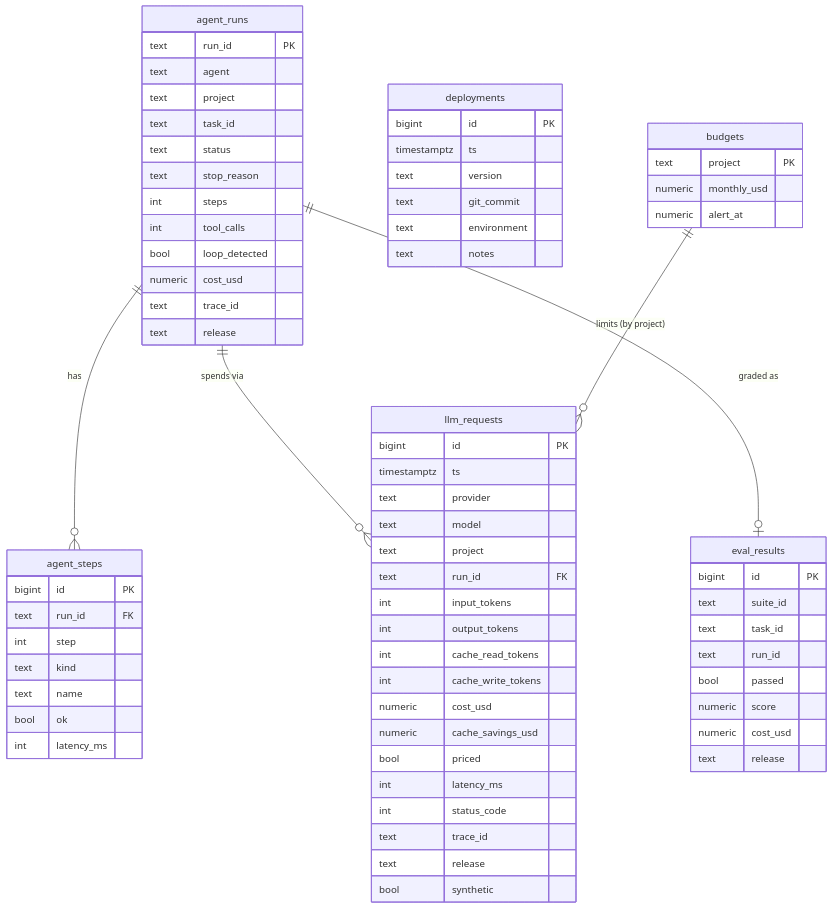
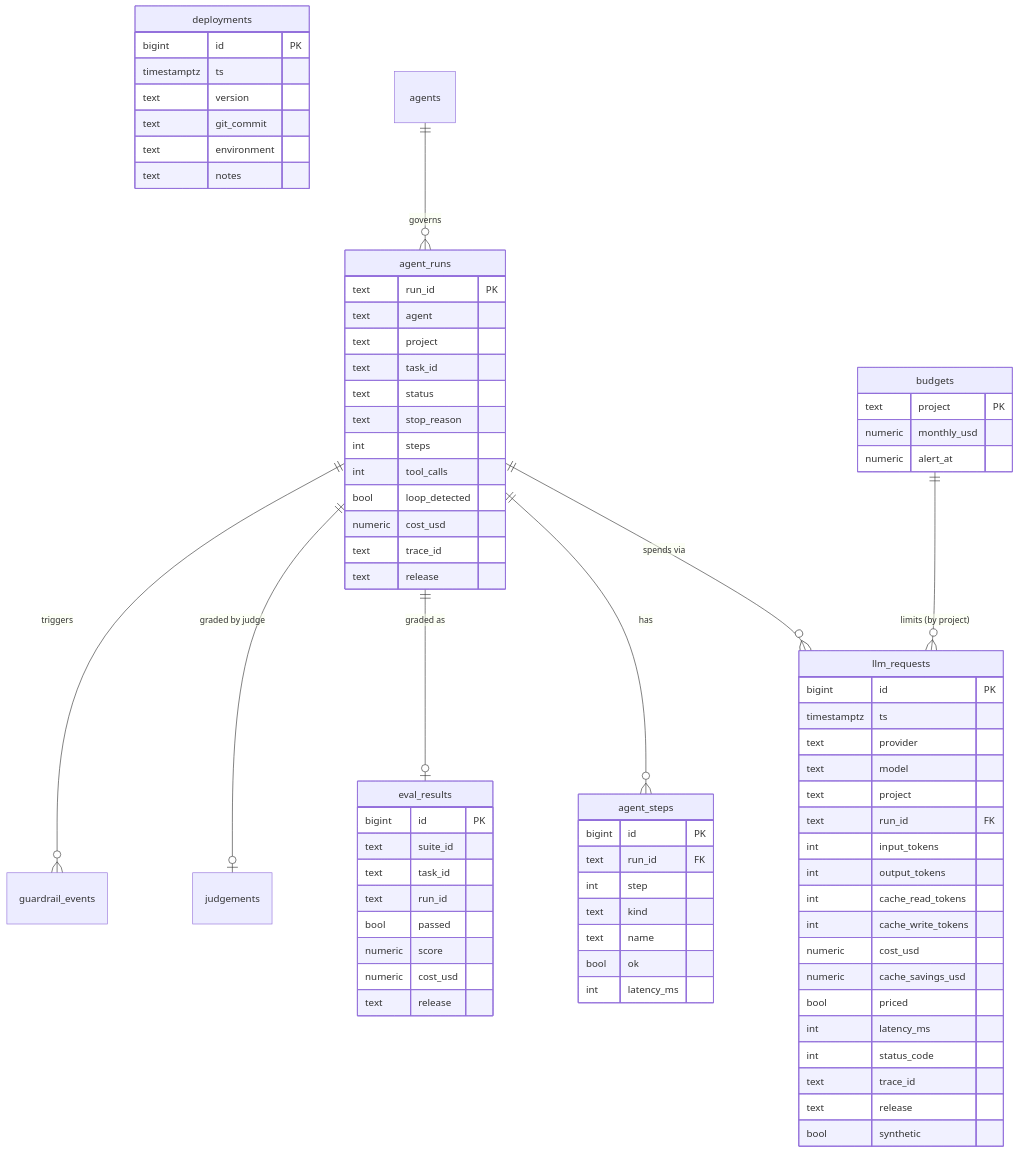
One commit to manu-gt-hub/llmops-platform changed the sixth of 7 diagrams in doc/architecture.md. Above: the diagram before and after it, drawn with Mermaid. The commit also changed other lines of this file and 35 other files, not shown here.

First line of the commit message:
Add agent governance: charters, guardrails, LLM judge and agent console

````diff
--- a/doc/architecture.md
+++ b/doc/architecture.md
@@ -171,73 +232,76 @@
 ```mermaid
 erDiagram
     llm_requests {
         bigint id PK
         timestamptz ts
         text provider
         text model
         text project
         text run_id FK
         int input_tokens
         int output_tokens
         int cache_read_tokens
         int cache_write_tokens
         numeric cost_usd
         numeric cache_savings_usd
         bool priced
         int latency_ms
         int status_code
         text trace_id
         text release
         bool synthetic
     }
     agent_runs {
         text run_id PK
         text agent
         text project
         text task_id
         text status
         text stop_reason
         int steps
         int tool_calls
         bool loop_detected
         numeric cost_usd
         text trace_id
         text release
     }
     agent_steps {
         bigint id PK
         text run_id FK
         int step
         text kind
         text name
         bool ok
         int latency_ms
     }
     eval_results {
         bigint id PK
         text suite_id
         text task_id
         text run_id
         bool passed
         numeric score
         numeric cost_usd
         text release
     }
     deployments {
         bigint id PK
         timestamptz ts
         text version
         text git_commit
         text environment
         text notes
     }
     budgets {
         text project PK
         numeric monthly_usd
         numeric alert_at
     }
     agent_runs ||--o{ agent_steps : has
     agent_runs ||--o{ llm_requests : "spends via"
     agent_runs ||--o| eval_results : "graded as"
     budgets ||--o{ llm_requests : "limits (by project)"
+    agents ||--o{ agent_runs : "governs"
+    agent_runs ||--o| judgements : "graded by judge"
+    agent_runs ||--o{ guardrail_events : "triggers"
 ```
````
